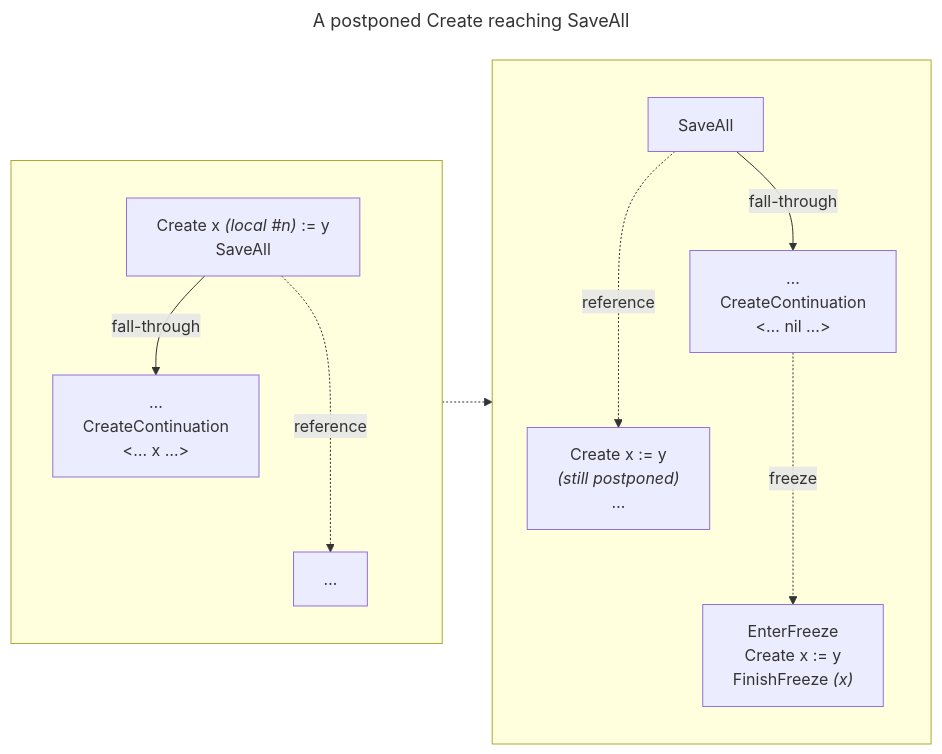
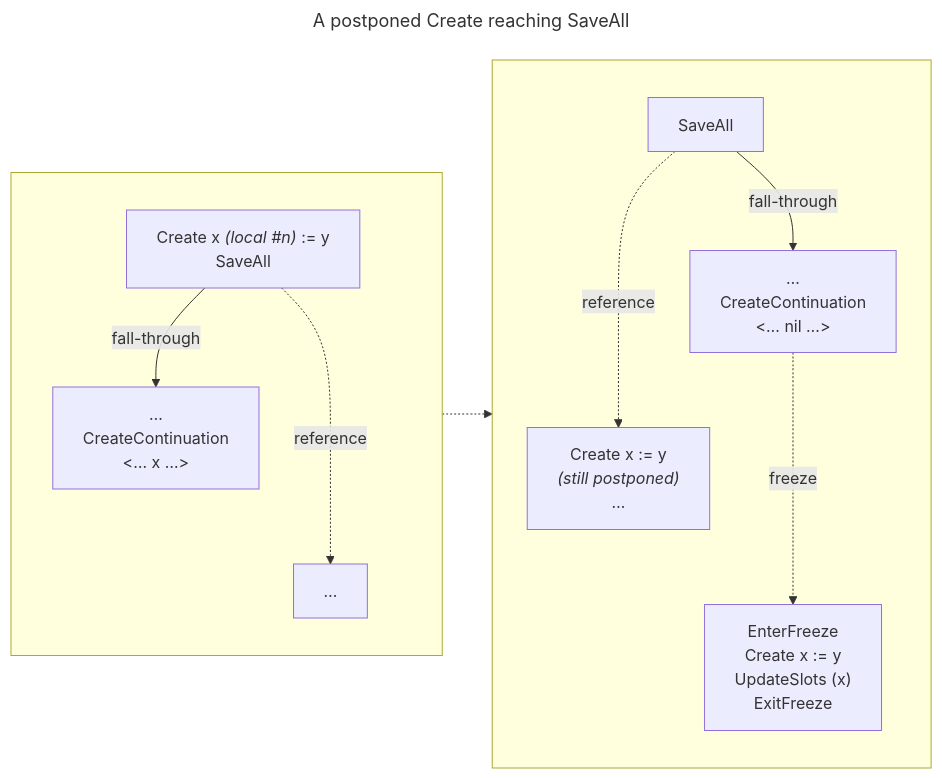
Before and after one commit to AvailLang/Avail: the third of 3 diagrams in avail/doc/Optimization/Level_Two/Variable_elision.md, drawn with Mermaid. The commit also changed other lines of this file and 383 other files, not shown here.

````diff
--- a/avail/doc/Optimization/Level_Two/Variable_elision.md
+++ b/avail/doc/Optimization/Level_Two/Variable_elision.md
@@ -208,25 +209,25 @@
 ```mermaid
 ---
 title: A postponed Create reaching SaveAll
 ---
 flowchart LR
  subgraph Before["&nbsp;"]
   direction TB
   BeforeHead["Create x <i>(local #n)</i> := y<br>SaveAll"]
   BeforeRef["…"]
   BeforeFall["…<br>CreateContinuation<br>&lt;… x …&gt;"]
   BeforeHead ..->|reference| BeforeRef
   BeforeHead -->|fall-through| BeforeFall
  end
  subgraph After["&nbsp;"]
   direction TB
   AfterHead["SaveAll"]
   AfterRef["Create x := y<br><i>(still postponed)</i><br>…"]
   AfterFall["…<br>CreateContinuation<br>&lt;… nil …&gt;"]
-  AfterFreeze["EnterFreeze<br>Create x := y<br>FinishFreeze <i>(x)</i>"]
+  AfterFreeze["EnterFreeze<br>Create x := y<br>UpdateSlots (x)<br>ExitFreeze"]
   AfterHead ..->|reference| AfterRef
   AfterHead -->|fall-through| AfterFall
   AfterFall ..->|freeze| AfterFreeze
  end
  Before .-> After
 ```
````
